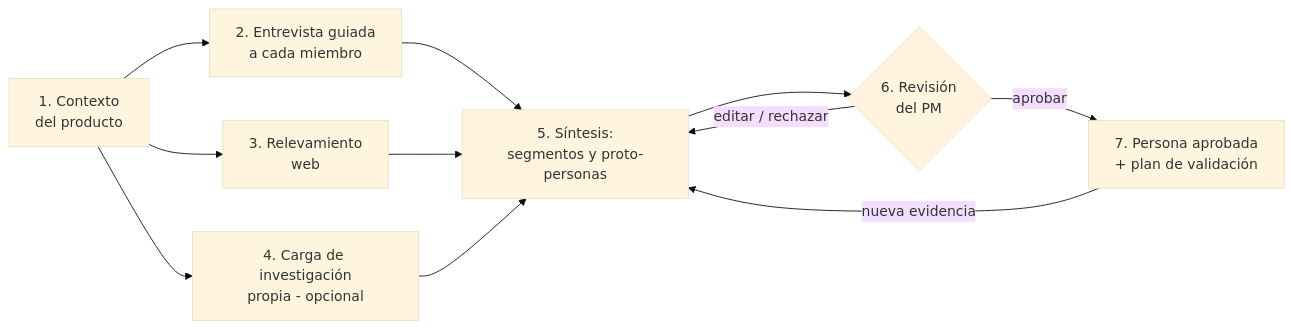
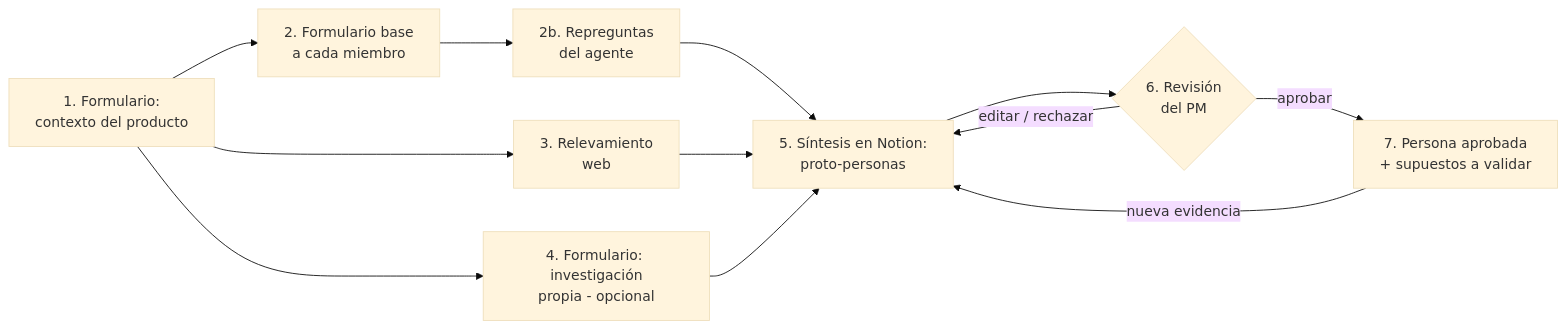
Before and after one commit to abellatuf/User-Persona-Agente: the second of 2 diagrams in README.md, drawn with Mermaid (base theme). The commit also changed other lines of this file, not shown here.

Commit message:
docs: Fase 2 - cambia la forma de la solución a Notion + agente de IA

````diff
--- a/README.md
+++ b/README.md
@@ -151,13 +195,14 @@
 ```mermaid
 flowchart LR
-    A[1. Contexto<br/>del producto] --> B[2. Entrevista guiada<br/>a cada miembro]
+    A[1. Formulario:<br/>contexto del producto] --> B[2. Formulario base<br/>a cada miembro]
+    B --> B2[2b. Repreguntas<br/>del agente]
     A --> C[3. Relevamiento<br/>web]
-    A --> D[4. Carga de investigación<br/>propia - opcional]
-    B --> E[5. Síntesis:<br/>segmentos y proto-personas]
+    A --> D[4. Formulario: investigación<br/>propia - opcional]
+    B2 --> E[5. Síntesis en Notion:<br/>proto-personas]
     C --> E
     D --> E
     E --> F{6. Revisión<br/>del PM}
     F -- editar / rechazar --> E
-    F -- aprobar --> G[7. Persona aprobada<br/>+ plan de validación]
+    F -- aprobar --> G[7. Persona aprobada<br/>+ supuestos a validar]
     G -- nueva evidencia --> E
 ```
````
